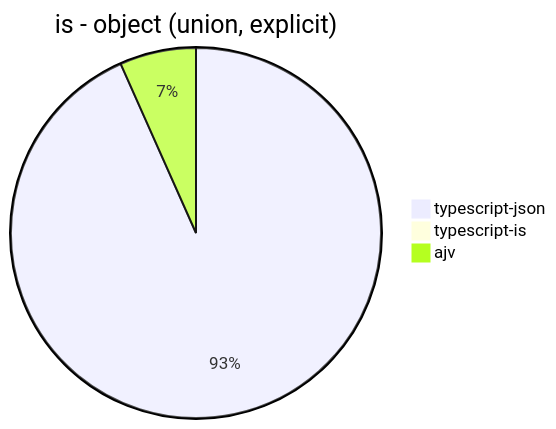
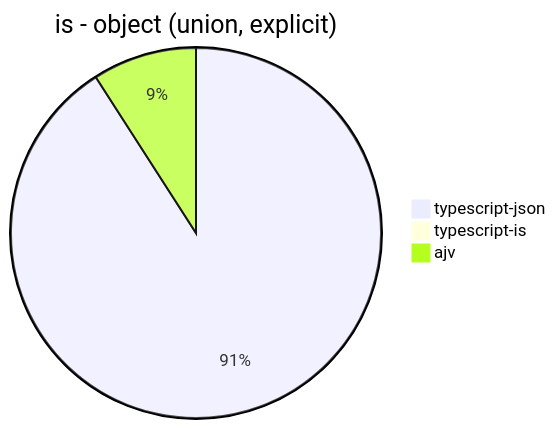
The ninth of 30 diagrams in benchmark/results/Apple M1.md (samchon/typia), drawn with Mermaid before and after one commit. The commit also changed other lines of this file, not shown here.

````diff
--- a/benchmark/results/Apple M1.md
+++ b/benchmark/results/Apple M1.md
@@ -92,6 +93,6 @@
 ```mermaid
 pie title is - object (union, explicit)
-  "typescript-json": 20756.552962298025
+  "typescript-json": 17819.134993446918
   "typescript-is": 0
-  "ajv": 1483.0809497102262
+  "ajv": 1783.2564739269244
 ```
````
